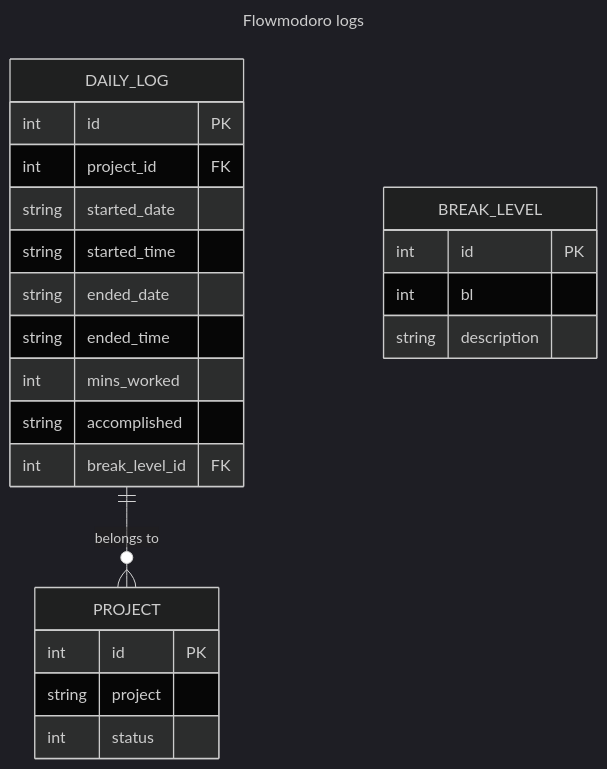
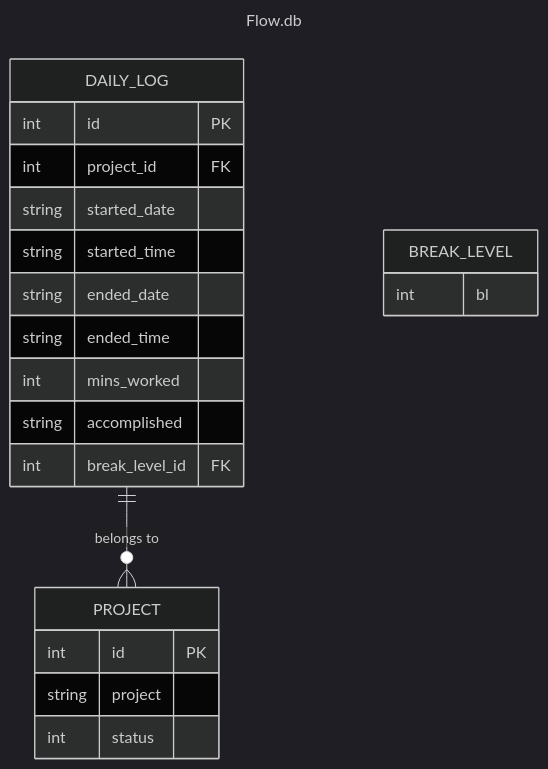
Before and after one commit to Oddman43/Flowmodoro: the diagram in README.md, drawn with Mermaid (dark theme). The commit also changed other lines of this file, not shown here.

````diff
--- a/README.md
+++ b/README.md
@@ -1,29 +52,27 @@
 ```mermaid
 ---
-title: Flowmodoro logs
+title: Flow.db
 ---
 erDiagram
   DAILY_LOG {
     int id PK
     int project_id FK
     string started_date
     string started_time
     string ended_date
     string ended_time
     int mins_worked
     string accomplished
     int break_level_id FK
   }
   PROJECT {
     int id PK
     string project
     int status
   }
   BREAK_LEVEL {
-    int id PK
     int bl
-    string description
   }
 
   DAILY_LOG ||--o{ PROJECT : "belongs to"
 ```
````
